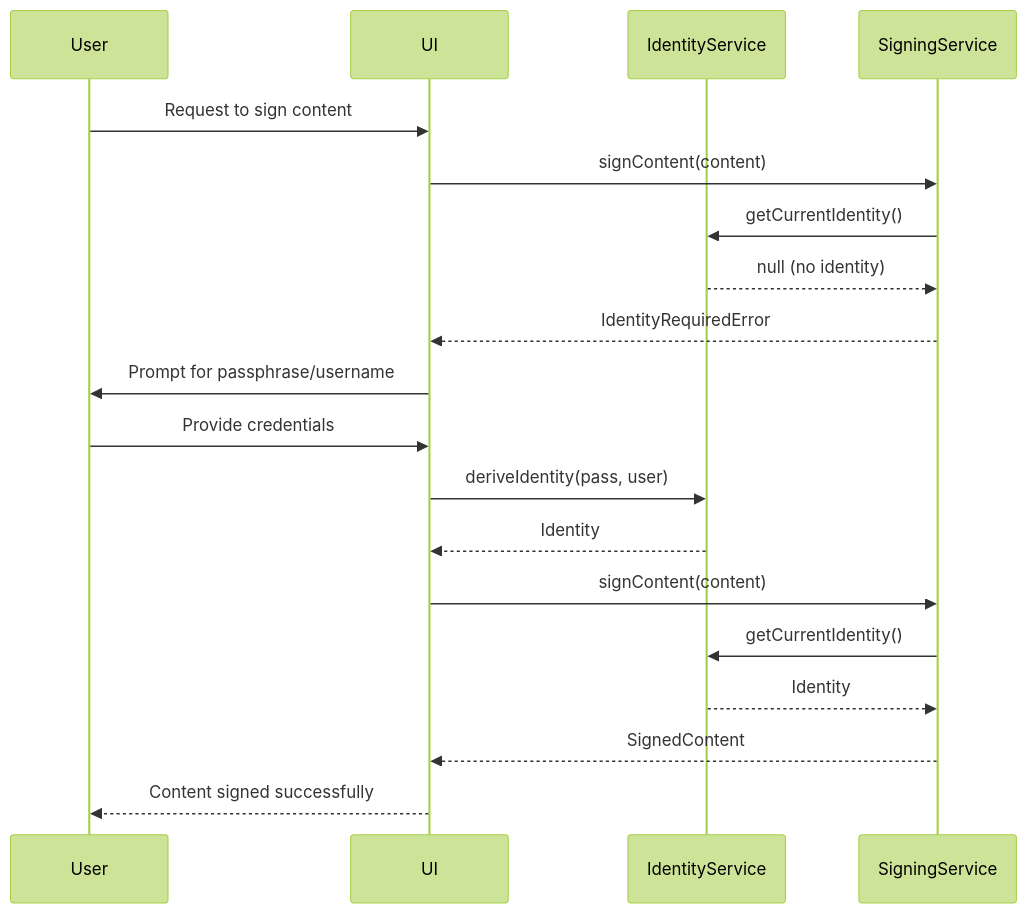
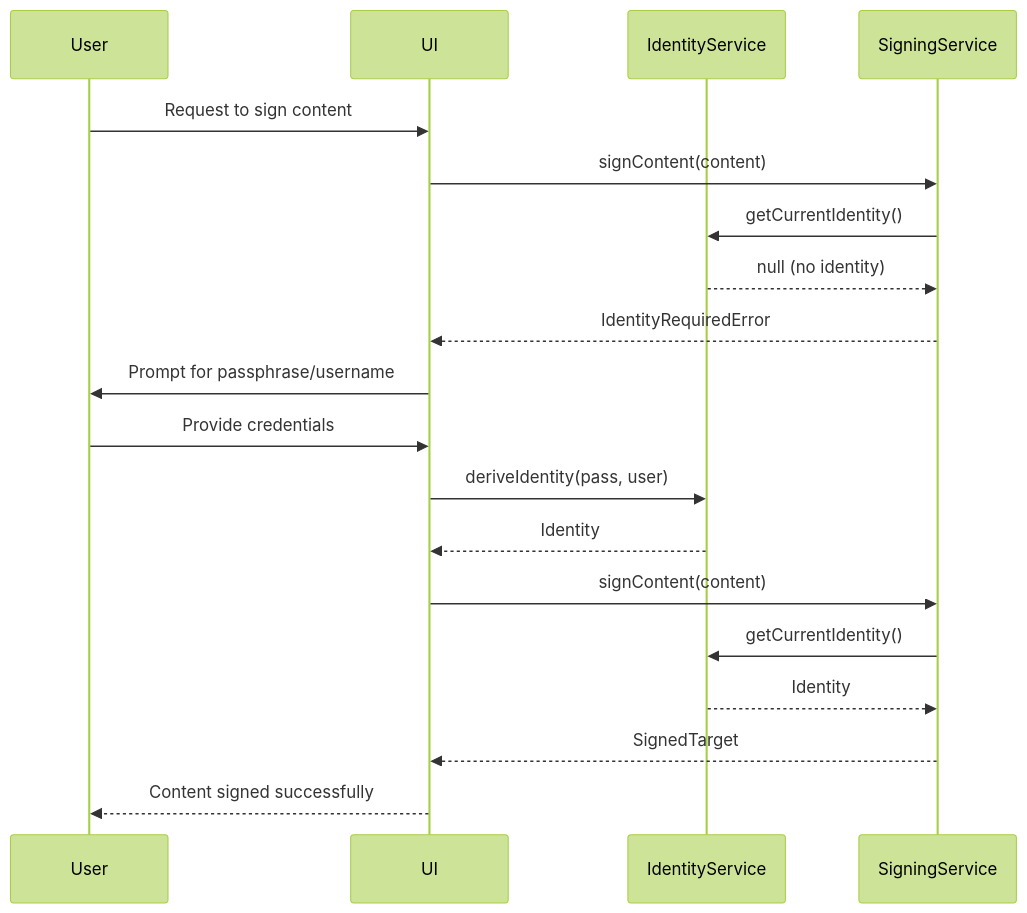
One commit to o2alexanderfedin/Nolock.social.frontends changed the fourth of 19 diagrams in docs/architecture/crypto/integration-contracts.md. Above: the diagram before and after it, drawn with Mermaid (forest theme). The commit also changed other lines of this file and 2 other files, not shown here.

First line of the commit message:
docs: comprehensive architecture documentation review and improvements

````diff
--- a/docs/architecture/crypto/integration-contracts.md
+++ b/docs/architecture/crypto/integration-contracts.md
@@ -121,28 +120,28 @@
 ```mermaid
 sequenceDiagram
     participant User
     participant UI
     participant IdentityService
     participant SigningService
     
     User->>UI: Request to sign content
     UI->>SigningService: signContent(content)
     
     SigningService->>IdentityService: getCurrentIdentity()
     IdentityService-->>SigningService: null (no identity)
     
     SigningService-->>UI: IdentityRequiredError
     
     UI->>User: Prompt for passphrase/username
     User->>UI: Provide credentials
     
     UI->>IdentityService: deriveIdentity(pass, user)
     IdentityService-->>UI: Identity
     
     UI->>SigningService: signContent(content)
     SigningService->>IdentityService: getCurrentIdentity()
     IdentityService-->>SigningService: Identity
     
-    SigningService-->>UI: SignedContent
+    SigningService-->>UI: SignedTarget
     UI-->>User: Content signed successfully
 ```
````
